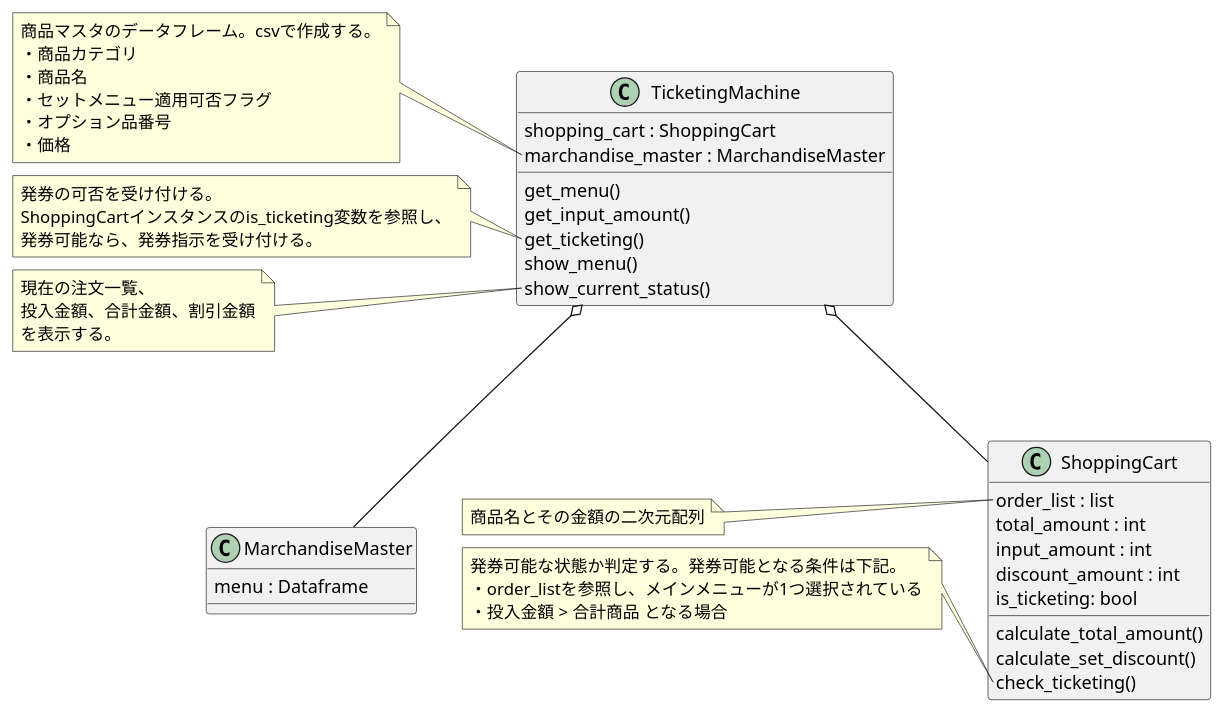
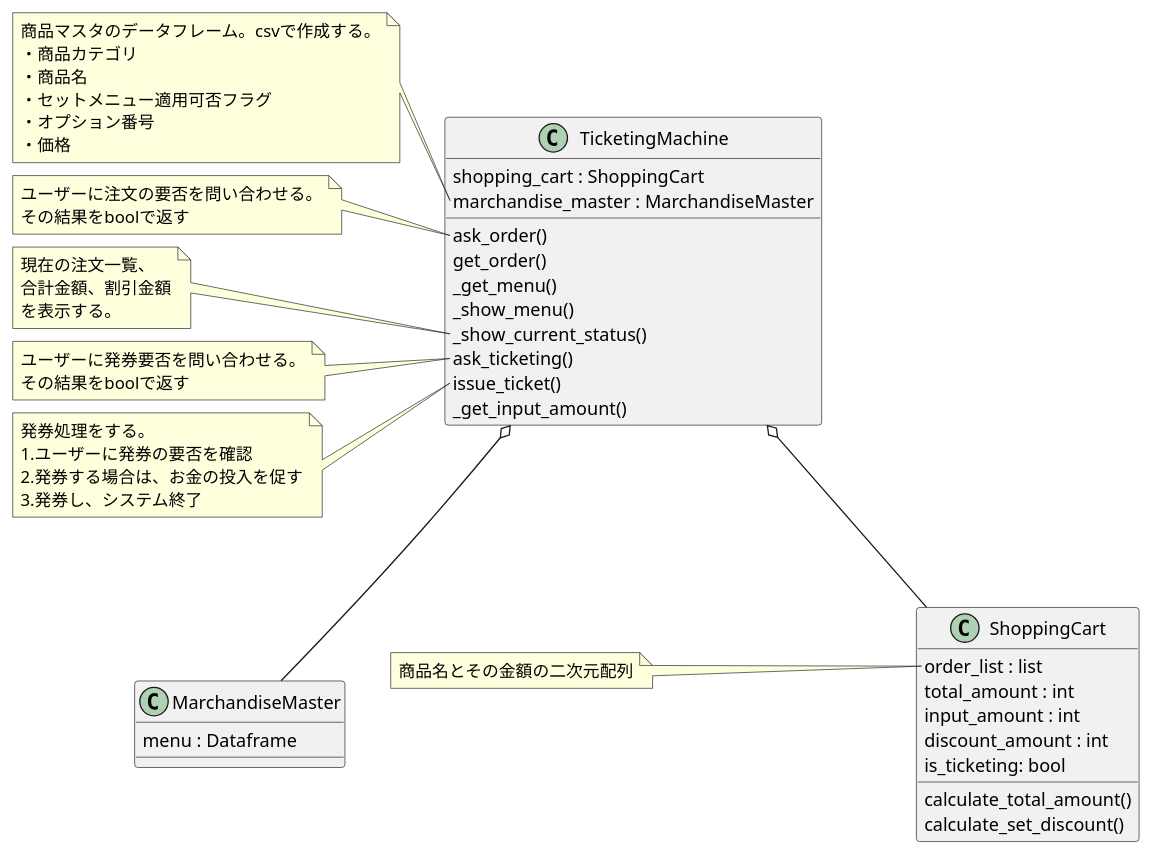
The third of 6 diagrams in AP_H31_Spring_PM03/Suzuki/try1/ticket_machine.md (Design-Practice-Team/design), drawn with PlantUML before and after one commit. The commit also changed other lines of this file and 3 other files, not shown here.

````diff
--- a/AP_H31_Spring_PM03/Suzuki/try1/ticket_machine.md
+++ b/AP_H31_Spring_PM03/Suzuki/try1/ticket_machine.md
@@ -37,63 +68,76 @@
 ```plantuml
 @startuml
 TicketingMachine o-- ShoppingCart
 TicketingMachine o-- MarchandiseMaster
 
 class TicketingMachine {
     shopping_cart : ShoppingCart
     marchandise_master : MarchandiseMaster
-    get_menu()
-    get_input_amount()
-    get_ticketing()
-    show_menu()
-    show_current_status()
+    ask_order()
+    get_order()
+    _get_menu()
+    _show_menu()
+    _show_current_status()
+    ask_ticketing()
+    issue_ticket()
+    _get_input_amount()
 }
 
 note left of TicketingMachine::marchandise_master
     商品マスタのデータフレーム。csvで作成する。
     ・商品カテゴリ
     ・商品名
     ・セットメニュー適用可否フラグ
-    ・オプション品番号
+    ・オプション番号
     ・価格
 end note
 
-note left of TicketingMachine::get_ticketing
-    発券の可否を受け付ける。
-    ShoppingCartインスタンスのis_ticketing変数を参照し、
-    発券可能なら、発券指示を受け付ける。
+note left of TicketingMachine::ask_order()
+    ユーザーに注文の要否を問い合わせる。
+    その結果をboolで返す
+end note 
+
+note left of TicketingMachine::_show_current_status()
+    現在の注文一覧、
+    合計金額、割引金額
+    を表示する。
 end note
 
-note left of TicketingMachine::show_current_status()
-    現在の注文一覧、
-    投入金額、合計金額、割引金額
-    を表示する。
+note left of TicketingMachine::ask_ticketing()
+    ユーザーに発券要否を問い合わせる。
+    その結果をboolで返す
+end note
+
+note left of TicketingMachine::issue_ticket
+    発券処理をする。
+    1.ユーザーに発券の要否を確認
+    2.発券する場合は、お金の投入を促す
+    3.発券し、システム終了
 end note
 
 class ShoppingCart {
     order_list : list
     total_amount : int
     input_amount : int
     discount_amount : int
     is_ticketing: bool
     calculate_total_amount()
     calculate_set_discount()
-    check_ticketing()
 }
 
 note left of ShoppingCart::order_list
     商品名とその金額の二次元配列
 end note
 
 note left of ShoppingCart::check_ticketing()
     発券可能な状態か判定する。発券可能となる条件は下記。
     ・order_listを参照し、メインメニューが1つ選択されている
     ・投入金額 > 合計商品 となる場合
 end note
 
 class MarchandiseMaster {
     menu : Dataframe
 }
 
 @enduml
 ```
````
